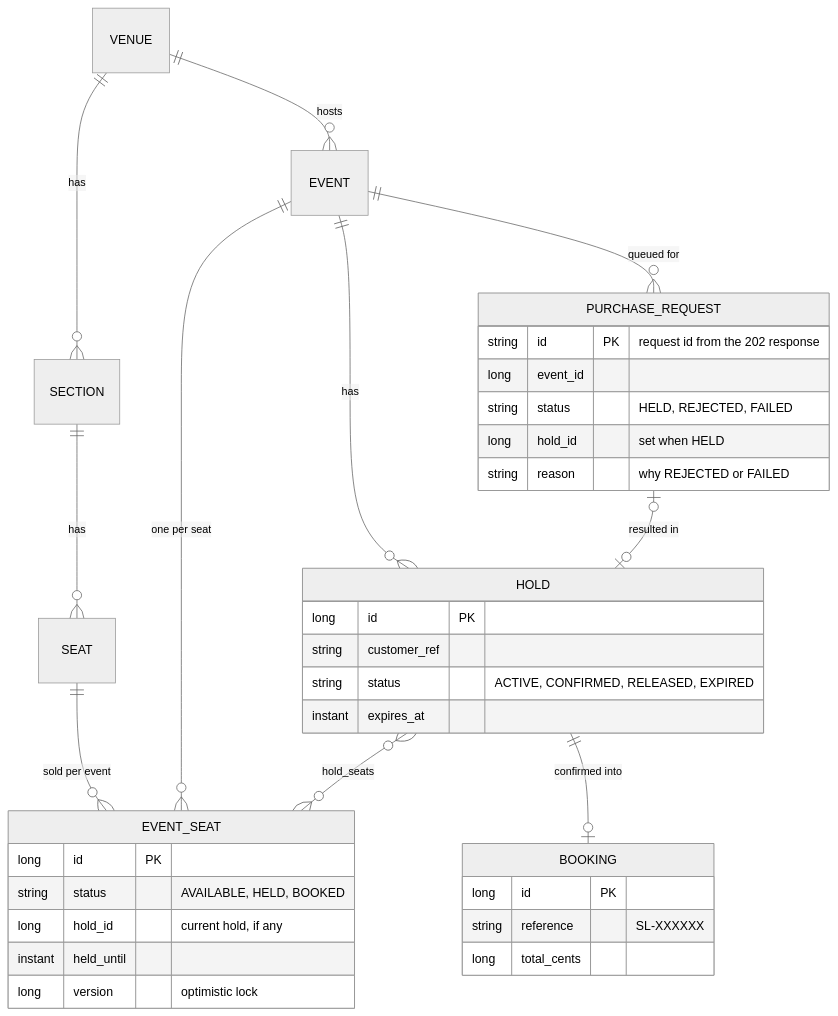
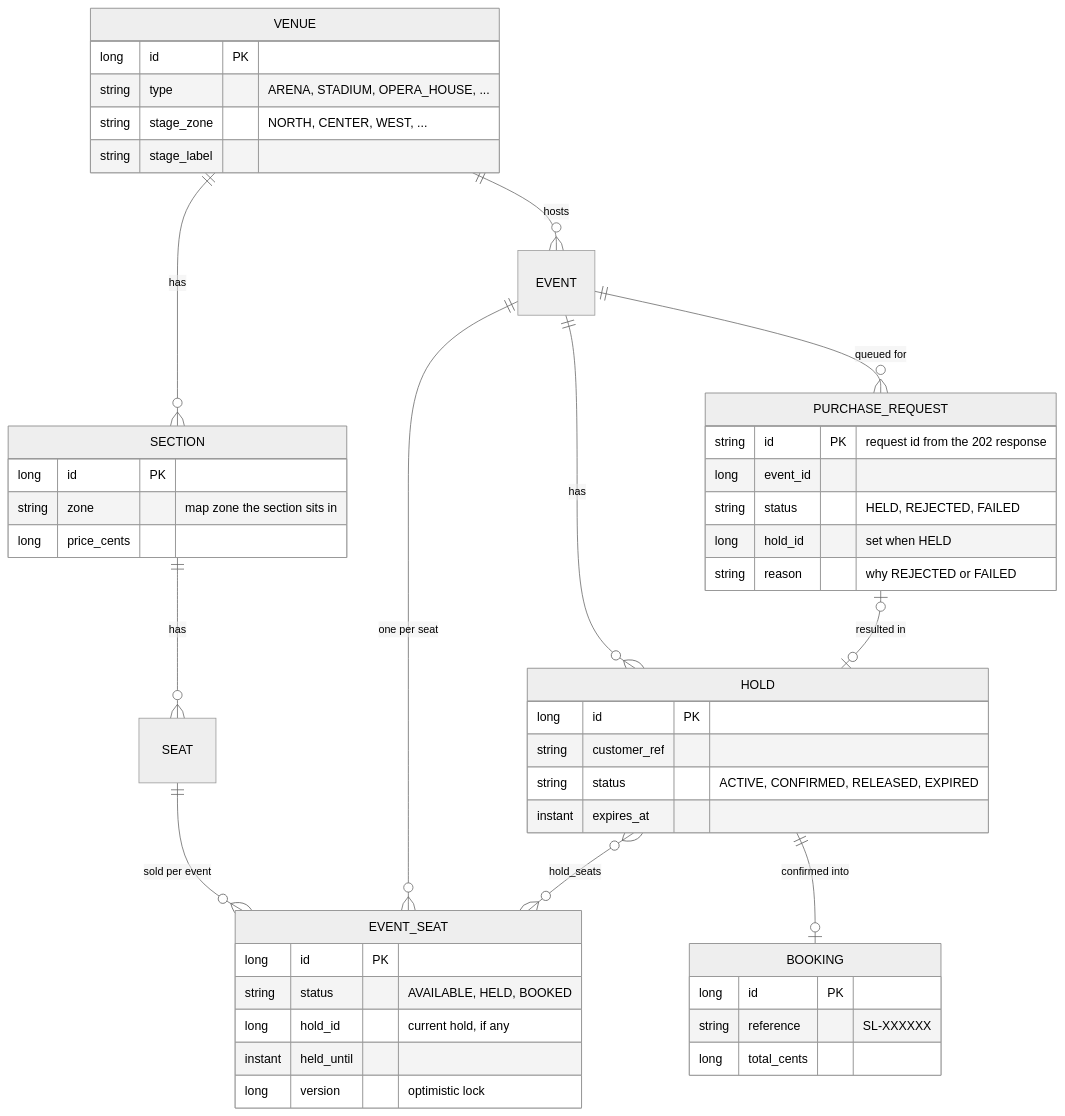
Before and after one commit to mohanarevarapu-commits/SeatLock: the second of 6 diagrams in docs/ARCHITECTURE.md, drawn with Mermaid (neutral theme). The commit also changed other lines of this file and 26 other files, not shown here.

````diff
--- a/docs/ARCHITECTURE.md
+++ b/docs/ARCHITECTURE.md
@@ -54,39 +61,50 @@
 ```mermaid
 erDiagram
+    VENUE {
+        long id PK
+        string type "ARENA, STADIUM, OPERA_HOUSE, ..."
+        string stage_zone "NORTH, CENTER, WEST, ..."
+        string stage_label
+    }
+    SECTION {
+        long id PK
+        string zone "map zone the section sits in"
+        long price_cents
+    }
     VENUE ||--o{ SECTION : has
     SECTION ||--o{ SEAT : has
     VENUE ||--o{ EVENT : hosts
     EVENT ||--o{ EVENT_SEAT : "one per seat"
     SEAT ||--o{ EVENT_SEAT : "sold per event"
     EVENT ||--o{ HOLD : has
     HOLD }o--o{ EVENT_SEAT : "hold_seats"
     HOLD ||--o| BOOKING : "confirmed into"
     EVENT ||--o{ PURCHASE_REQUEST : "queued for"
     PURCHASE_REQUEST |o--o| HOLD : "resulted in"
 
     EVENT_SEAT {
         long id PK
         string status "AVAILABLE, HELD, BOOKED"
         long hold_id "current hold, if any"
         instant held_until
         long version "optimistic lock"
     }
     HOLD {
         long id PK
         string customer_ref
         string status "ACTIVE, CONFIRMED, RELEASED, EXPIRED"
         instant expires_at
     }
     BOOKING {
         long id PK
         string reference "SL-XXXXXX"
         long total_cents
     }
     PURCHASE_REQUEST {
         string id PK "request id from the 202 response"
         long event_id
         string status "HELD, REJECTED, FAILED"
         long hold_id "set when HELD"
         string reason "why REJECTED or FAILED"
     }
 ```
````
